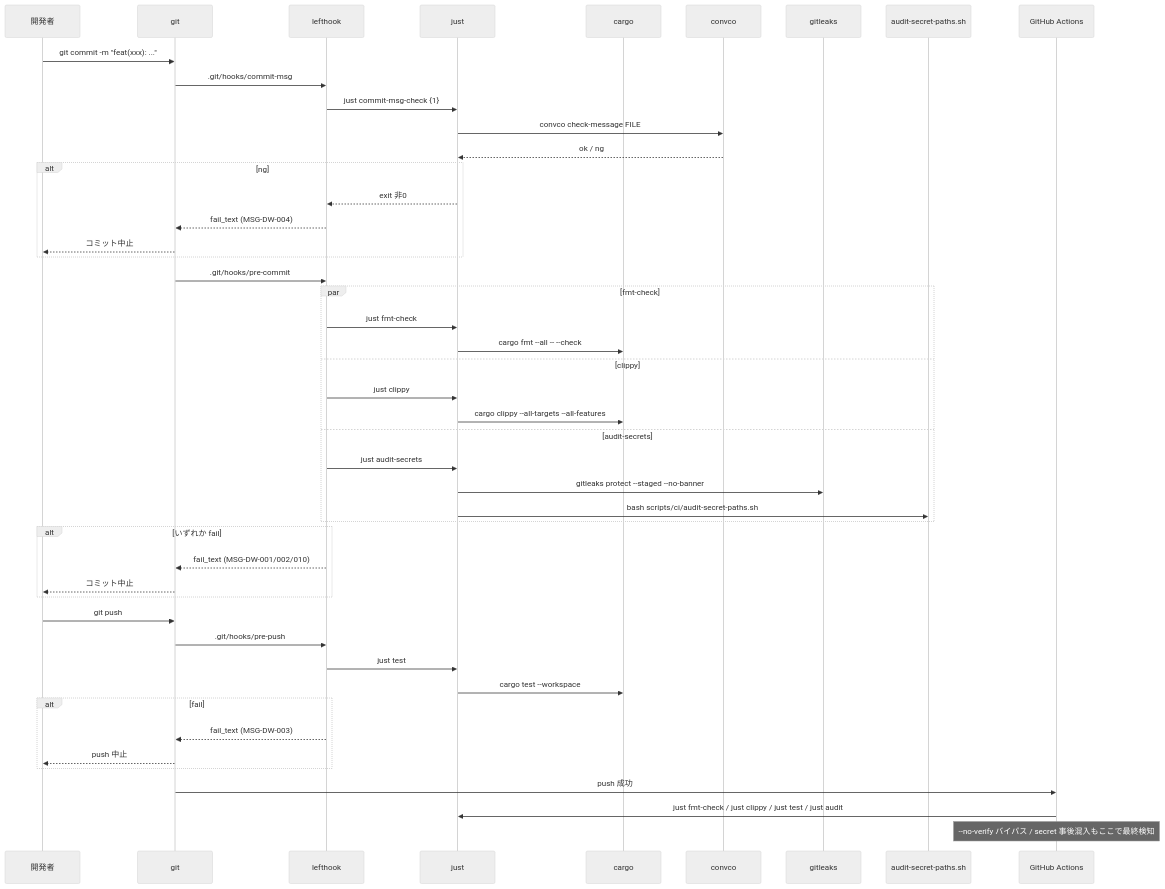
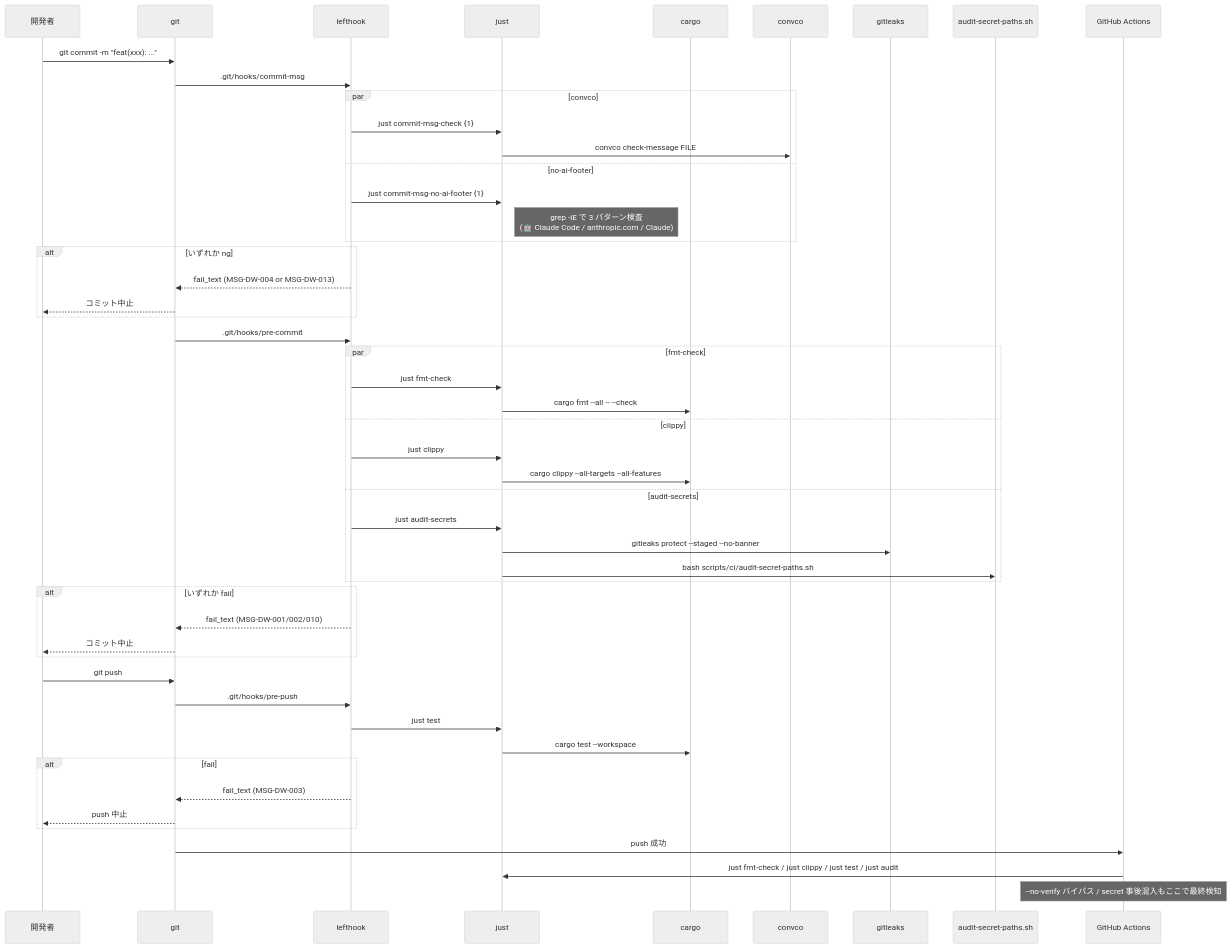
The second of 3 diagrams in docs/features/dev-workflow/basic-design.md (shikomi-dev/shikomi), drawn with Mermaid (neutral theme) before and after one commit. The commit also changed other lines of this file and 3 other files, not shown here.

````diff
--- a/docs/features/dev-workflow/basic-design.md
+++ b/docs/features/dev-workflow/basic-design.md
@@ -153,51 +156,54 @@
 ```mermaid
 sequenceDiagram
     participant Dev as 開発者
     participant Git as git
     participant LH as lefthook
     participant Just as just
     participant Cargo as cargo
     participant Convco as convco
     participant Leaks as gitleaks
     participant Audit as audit-secret-paths.sh
     participant GH as GitHub Actions
 
     Dev->>Git: git commit -m "feat(xxx): ..."
     Git->>LH: .git/hooks/commit-msg
-    LH->>Just: just commit-msg-check {1}
-    Just->>Convco: convco check-message FILE
-    Convco-->>Just: ok / ng
-    alt ng
-        Just-->>LH: exit 非0
-        LH-->>Git: fail_text (MSG-DW-004)
+    par convco
+        LH->>Just: just commit-msg-check {1}
+        Just->>Convco: convco check-message FILE
+    and no-ai-footer
+        LH->>Just: just commit-msg-no-ai-footer {1}
+        Note right of Just: grep -iE で 3 パターン検査<br/>(🤖 Claude Code / anthropic.com / Claude)
+    end
+    alt いずれか ng
+        LH-->>Git: fail_text (MSG-DW-004 or MSG-DW-013)
         Git-->>Dev: コミット中止
     end
     Git->>LH: .git/hooks/pre-commit
     par fmt-check
         LH->>Just: just fmt-check
         Just->>Cargo: cargo fmt --all -- --check
     and clippy
         LH->>Just: just clippy
         Just->>Cargo: cargo clippy --all-targets --all-features
     and audit-secrets
         LH->>Just: just audit-secrets
         Just->>Leaks: gitleaks protect --staged --no-banner
         Just->>Audit: bash scripts/ci/audit-secret-paths.sh
     end
     alt いずれか fail
         LH-->>Git: fail_text (MSG-DW-001/002/010)
         Git-->>Dev: コミット中止
     end
 
     Dev->>Git: git push
     Git->>LH: .git/hooks/pre-push
     LH->>Just: just test
     Just->>Cargo: cargo test --workspace
     alt fail
         LH-->>Git: fail_text (MSG-DW-003)
         Git-->>Dev: push 中止
     end
     Git->>GH: push 成功
     GH->>Just: just fmt-check / just clippy / just test / just audit
     Note over GH: --no-verify バイパス / secret 事後混入もここで最終検知
 ```
````
